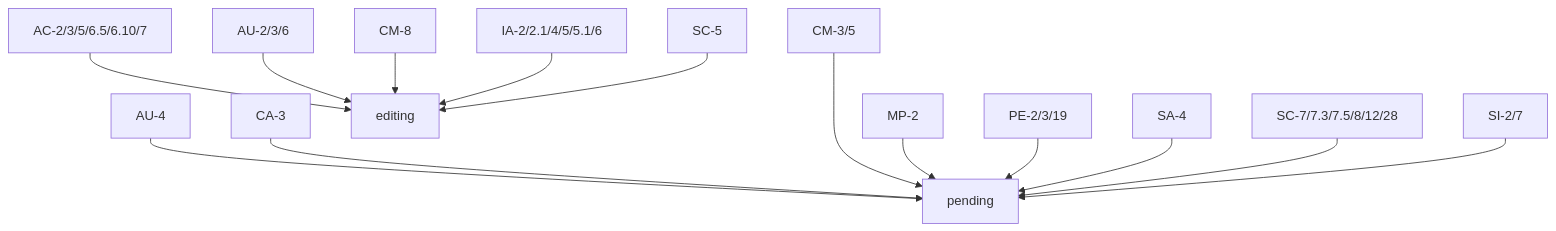
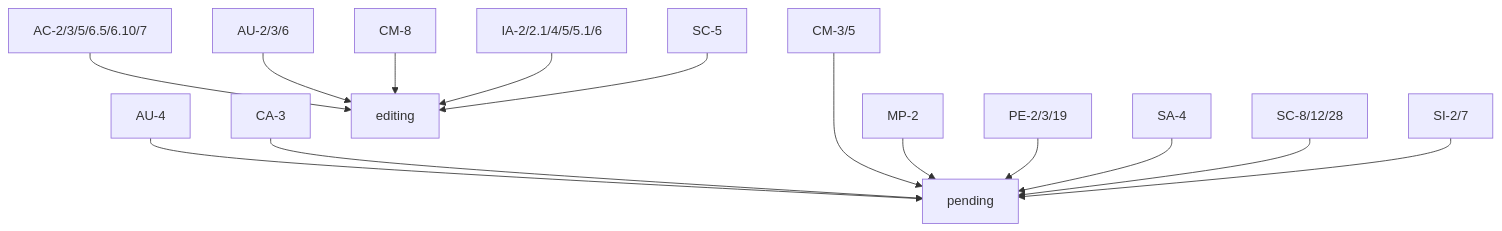
One commit to GoogleCloudPlatform/pbmm-on-gcp-onboarding changed the second of 2 diagrams in docs/google-cloud-security-controls.md. Above: the diagram before and after it, drawn with Mermaid. The commit also changed other lines of this file, not shown here.

Commit message:
#2 - VFW logs (not vpc flow logs) - SC-7/7.3

````diff
--- a/docs/google-cloud-security-controls.md
+++ b/docs/google-cloud-security-controls.md
@@ -49,25 +59,25 @@
 ```mermaid
 graph TD;
     AU-4-->pending;
     CA-3-->pending;
     CM-3/5--->pending;
     
     AC-2/3/5/6.5/6.10/7-->editing;
 
     AU-2/3/6-->editing;
 
     CM-8-->editing;
 
     IA-2/2.1/4/5/5.1/6-->editing;
     
     MP-2-->pending;
     PE-2/3/19-->pending;
     
     SA-4-->pending;
-    SC-7/7.3/7.5/8/12/28-->pending;
+    SC-8/12/28-->pending;
     
     SC-5-->editing;
     
     SI-2/7-->pending;
 
 ```
````
